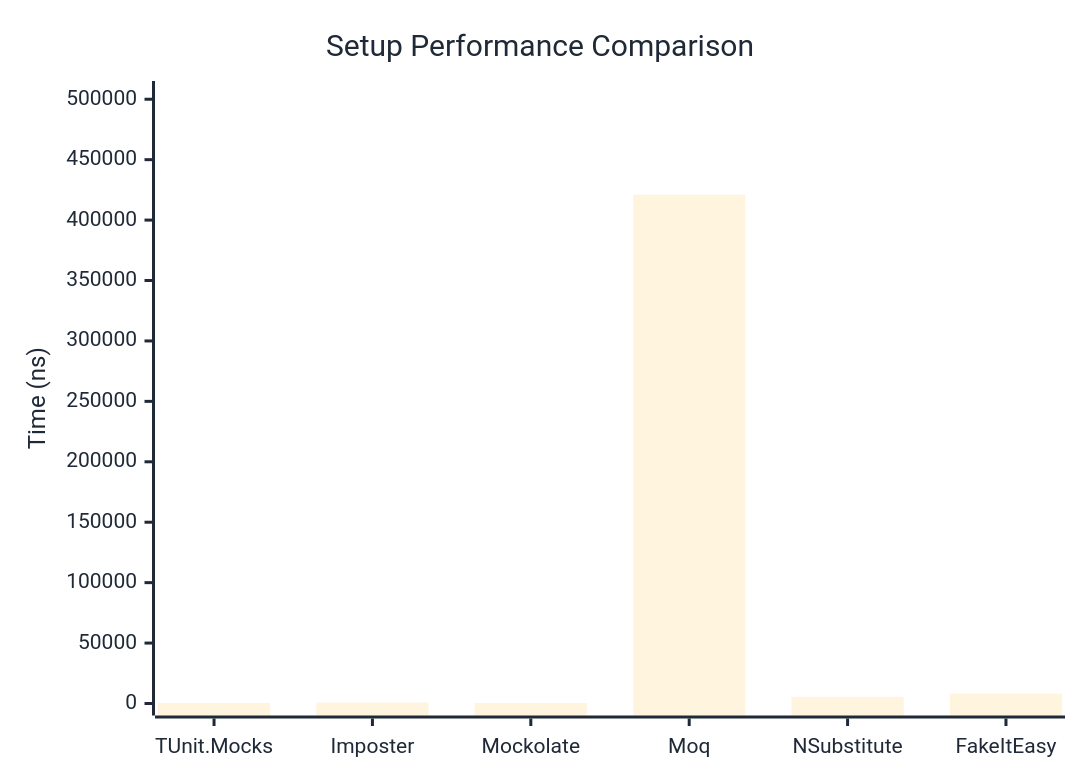
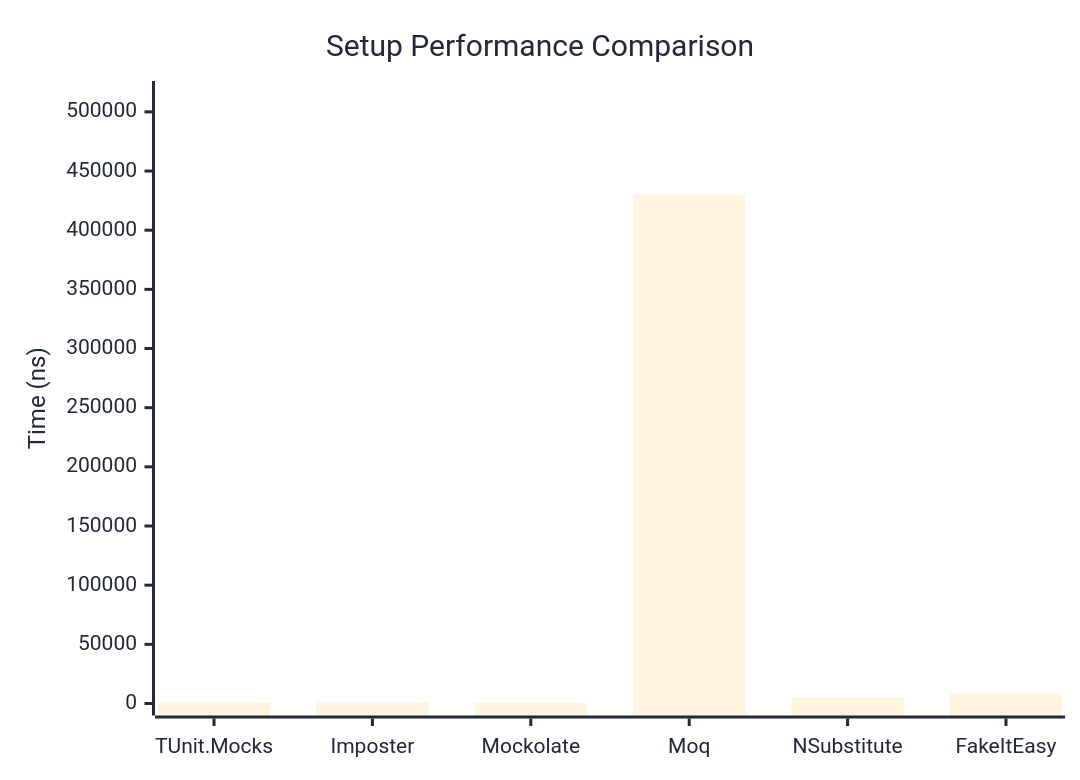
The first of 2 diagrams in docs/docs/benchmarks/mocks/Setup.md (thomhurst/TUnit), drawn with Mermaid before and after one commit. The commit also changed other lines of this file and 14 other files, not shown here.

````diff
--- a/docs/docs/benchmarks/mocks/Setup.md
+++ b/docs/docs/benchmarks/mocks/Setup.md
@@ -28,27 +28,27 @@
 ```mermaid
 %%{init: {
   'theme':'base',
   'themeVariables': {
     'primaryColor': '#2563eb',
     'primaryTextColor': '#1f2937',
     'primaryBorderColor': '#1e40af',
     'lineColor': '#6b7280',
     'secondaryColor': '#7c3aed',
     'tertiaryColor': '#dc2626',
     'background': '#ffffff',
     'pie1': '#2563eb',
     'pie2': '#7c3aed',
     'pie3': '#dc2626',
     'pie4': '#f59e0b',
     'pie5': '#10b981',
     'pie6': '#06b6d4',
     'pie7': '#ec4899',
     'pie8': '#6366f1'
   }
 }}%%
 xychart-beta
   title "Setup Performance Comparison"
   x-axis ["TUnit.Mocks", "Imposter", "Mockolate", "Moq", "NSubstitute", "FakeItEasy"]
-  y-axis "Time (ns)" 0 --> 505162
-  bar [519, 757.9, 422.9, 420967.6, 5532.5, 8149.2]
+  y-axis "Time (ns)" 0 --> 515945
+  bar [531.7, 831.7, 464.2, 429953.6, 5521.3, 8160.3]
 ```
````
